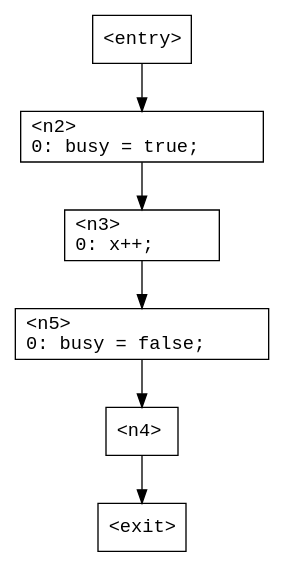
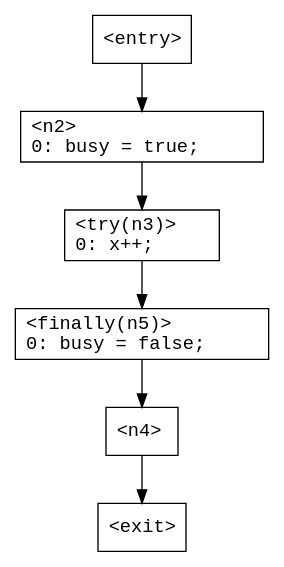
One commit to ashalkhakov/Tarp changed the diagram in TarpTests/Cfg/Data/TestTryFinally.gv. Above: the diagram before and after it, drawn with Graphviz. The commit also changed 12 other files, not shown here.

First line of the commit message:
Implement CFGs for try-catch-finally.

```diff
--- a/TarpTests/Cfg/Data/TestTryFinally.gv
+++ b/TarpTests/Cfg/Data/TestTryFinally.gv
@@ -1,26 +1,26 @@
 digraph G
 {
     n0 [ shape = "box"
              fontname = "Monospace"
              label = "<entry>\l" ];
       n0 -> n2;
     n1 [ shape = "box"
              fontname = "Monospace"
              label = "<exit>\l" ];
     n2 [ shape = "box"
              fontname = "Monospace"
              label = "<n2>\l0:	busy = true;\l" ];
       n2 -> n3;
     n3 [ shape = "box"
              fontname = "Monospace"
-             label = "<n3>\l0:	x++;\l" ];
+             label = "<try(n3)>\l0:	x++;\l" ];
       n3 -> n5;
     n4 [ shape = "box"
              fontname = "Monospace"
              label = "<n4>\l" ];
       n4 -> n1;
     n5 [ shape = "box"
              fontname = "Monospace"
-             label = "<n5>\l0:	busy = false;\l" ];
+             label = "<finally(n5)>\l0:	busy = false;\l" ];
       n5 -> n4;
 }
```
